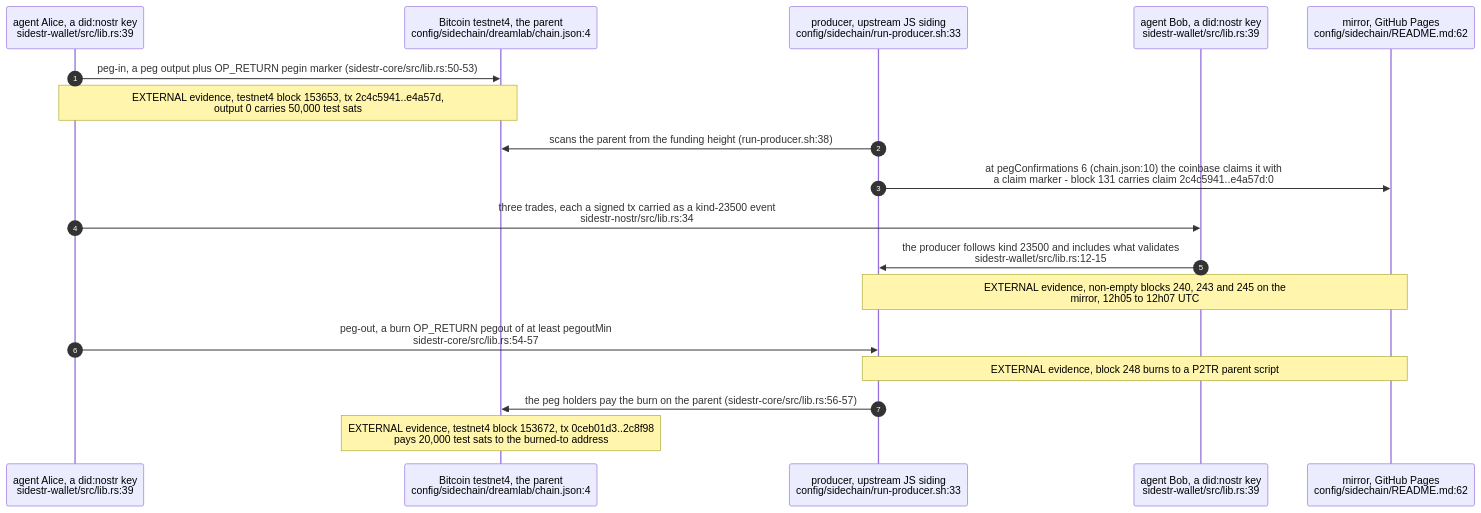
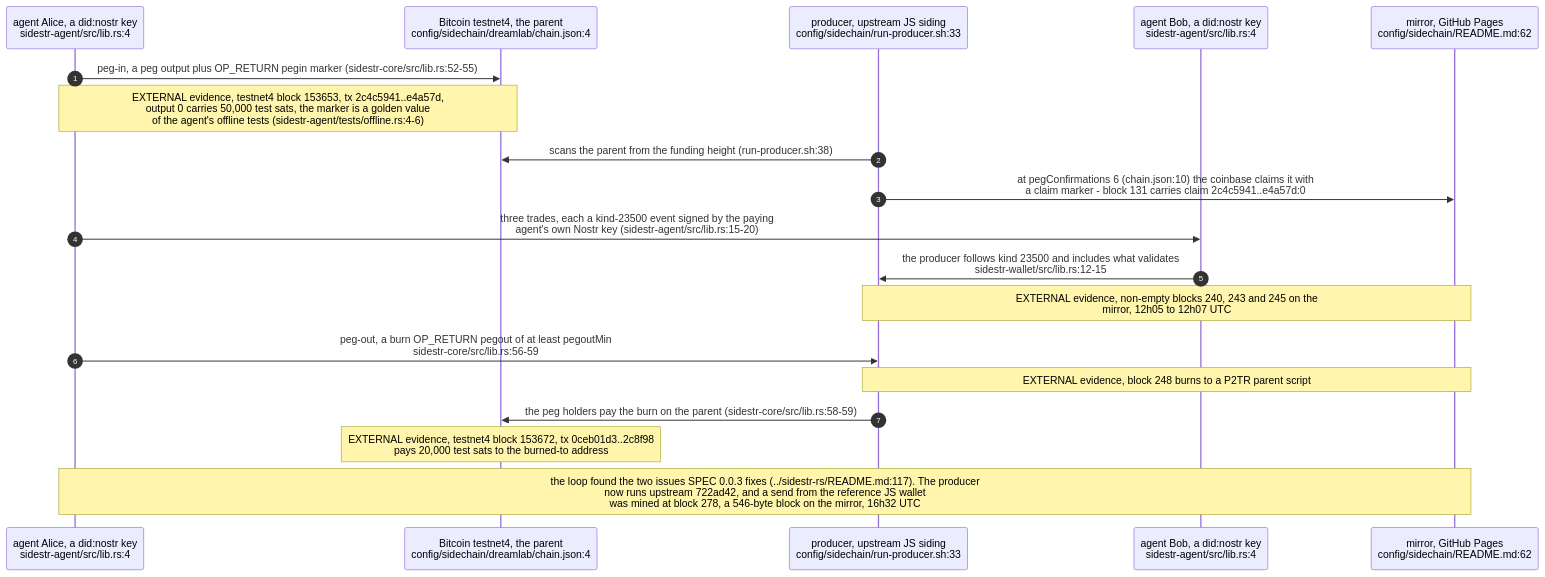
One commit to DreamLab-AI/VisionFlow changed the fifth of 6 diagrams in docs/diagrams/sidestr-rs/01-crates-oracle-and-live-loop.md. Above: the diagram before and after it, drawn with Mermaid. The commit also changed other lines of this file and 5 other files, not shown here.

First line of the commit message:
docs(diagrams): re-stamp SR-01 at sidestr-rs 592b2ff — six crates, pinned oracle CI, SPEC 0.0.3, sidestr-agent

````diff
--- a/docs/diagrams/sidestr-rs/01-crates-oracle-and-live-loop.md
+++ b/docs/diagrams/sidestr-rs/01-crates-oracle-and-live-loop.md
@@ -164,21 +176,22 @@
 ```mermaid
 sequenceDiagram
     autonumber
-    participant A as agent Alice, a did:nostr key<br/>sidestr-wallet/src/lib.rs:39
+    participant A as agent Alice, a did:nostr key<br/>sidestr-agent/src/lib.rs:4
     participant T as Bitcoin testnet4, the parent<br/>config/sidechain/dreamlab/chain.json:4
     participant P as producer, upstream JS siding<br/>config/sidechain/run-producer.sh:33
-    participant B as agent Bob, a did:nostr key<br/>sidestr-wallet/src/lib.rs:39
+    participant B as agent Bob, a did:nostr key<br/>sidestr-agent/src/lib.rs:4
     participant MI as mirror, GitHub Pages<br/>config/sidechain/README.md:62
 
-    A->>T: peg-in, a peg output plus OP_RETURN pegin marker (sidestr-core/src/lib.rs:50-53)
-    Note over A,T: EXTERNAL evidence, testnet4 block 153653, tx 2c4c5941..e4a57d,<br/>output 0 carries 50,000 test sats
+    A->>T: peg-in, a peg output plus OP_RETURN pegin marker (sidestr-core/src/lib.rs:52-55)
+    Note over A,T: EXTERNAL evidence, testnet4 block 153653, tx 2c4c5941..e4a57d,<br/>output 0 carries 50,000 test sats, the marker is a golden value<br/>of the agent's offline tests (sidestr-agent/tests/offline.rs:4-6)
     P->>T: scans the parent from the funding height (run-producer.sh:38)
     P->>MI: at pegConfirmations 6 (chain.json:10) the coinbase claims it with<br/>a claim marker - block 131 carries claim 2c4c5941..e4a57d:0
-    A->>B: three trades, each a signed tx carried as a kind-23500 event<br/>sidestr-nostr/src/lib.rs:34
+    A->>B: three trades, each a kind-23500 event signed by the paying<br/>agent's own Nostr key (sidestr-agent/src/lib.rs:15-20)
     B->>P: the producer follows kind 23500 and includes what validates<br/>sidestr-wallet/src/lib.rs:12-15
     Note over P,MI: EXTERNAL evidence, non-empty blocks 240, 243 and 245 on the<br/>mirror, 12h05 to 12h07 UTC
-    A->>P: peg-out, a burn OP_RETURN pegout of at least pegoutMin<br/>sidestr-core/src/lib.rs:54-57
+    A->>P: peg-out, a burn OP_RETURN pegout of at least pegoutMin<br/>sidestr-core/src/lib.rs:56-59
     Note over P,MI: EXTERNAL evidence, block 248 burns to a P2TR parent script
-    P->>T: the peg holders pay the burn on the parent (sidestr-core/src/lib.rs:56-57)
+    P->>T: the peg holders pay the burn on the parent (sidestr-core/src/lib.rs:58-59)
     Note over T: EXTERNAL evidence, testnet4 block 153672, tx 0ceb01d3..2c8f98<br/>pays 20,000 test sats to the burned-to address
+    Note over A,MI: the loop found the two issues SPEC 0.0.3 fixes (../sidestr-rs/README.md:117). The producer<br/>now runs upstream 722ad42, and a send from the reference JS wallet<br/>was mined at block 278, a 546-byte block on the mirror, 16h32 UTC
 ```
````
